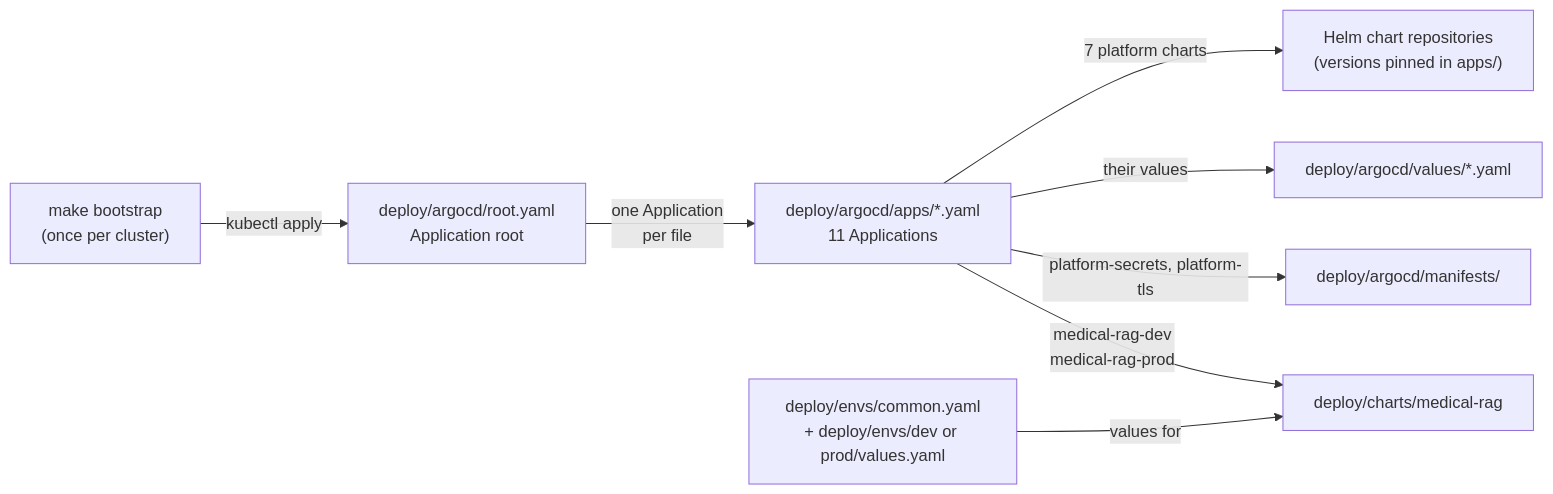
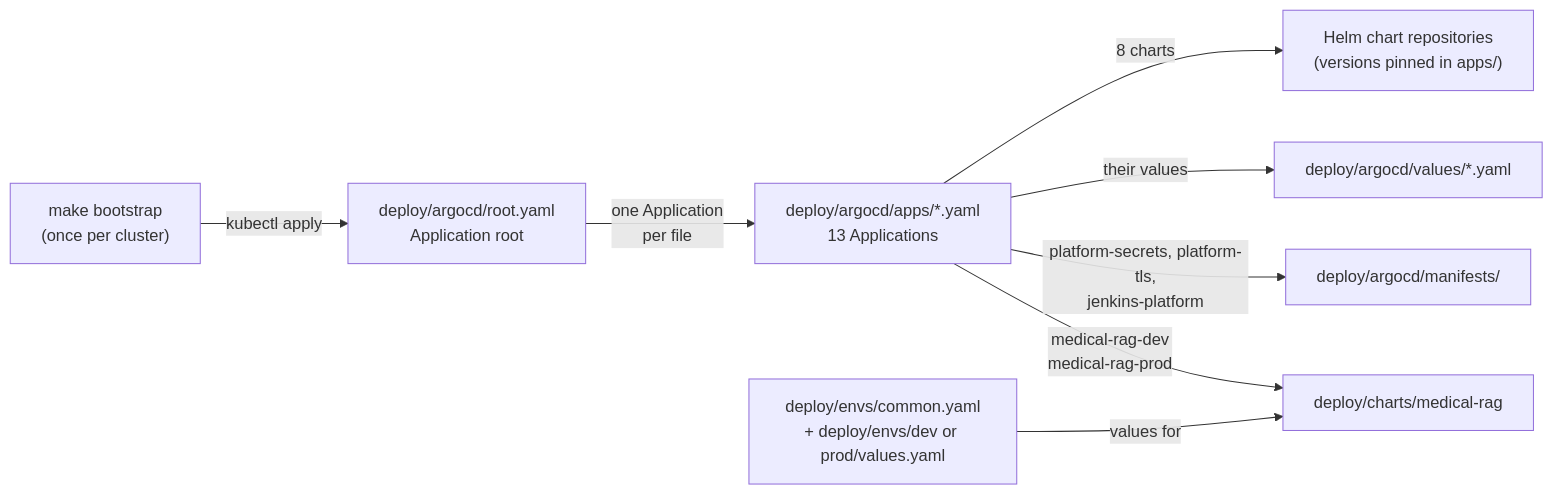
Before and after one commit to biabeogo147/Medical-RAG-Chatbot: the first of 6 diagrams in docs/gitops/argocd-explained.md, drawn with Mermaid. The commit also changed other lines of this file and 11 other files, not shown here.

````diff
--- a/docs/gitops/argocd-explained.md
+++ b/docs/gitops/argocd-explained.md
@@ -35,12 +35,12 @@
 ```mermaid
 flowchart LR
     BOOT["make bootstrap<br/>(once per cluster)"] -->|"kubectl apply"| ROOT["deploy/argocd/root.yaml<br/>Application root"]
-    ROOT -->|"one Application<br/>per file"| APPS["deploy/argocd/apps/*.yaml<br/>11 Applications"]
+    ROOT -->|"one Application<br/>per file"| APPS["deploy/argocd/apps/*.yaml<br/>13 Applications"]
 
-    APPS -->|"7 platform charts"| REPOS["Helm chart repositories<br/>(versions pinned in apps/)"]
+    APPS -->|"8 charts"| REPOS["Helm chart repositories<br/>(versions pinned in apps/)"]
     APPS -->|"their values"| VALUES["deploy/argocd/values/*.yaml"]
-    APPS -->|"platform-secrets, platform-tls"| MAN["deploy/argocd/manifests/"]
+    APPS -->|"platform-secrets, platform-tls,<br/>jenkins-platform"| MAN["deploy/argocd/manifests/"]
 
     APPS -->|"medical-rag-dev<br/>medical-rag-prod"| CHART["deploy/charts/medical-rag"]
     ENVS["deploy/envs/common.yaml<br/>+ deploy/envs/dev or prod/values.yaml"] -->|"values for"| CHART
 ```
````
